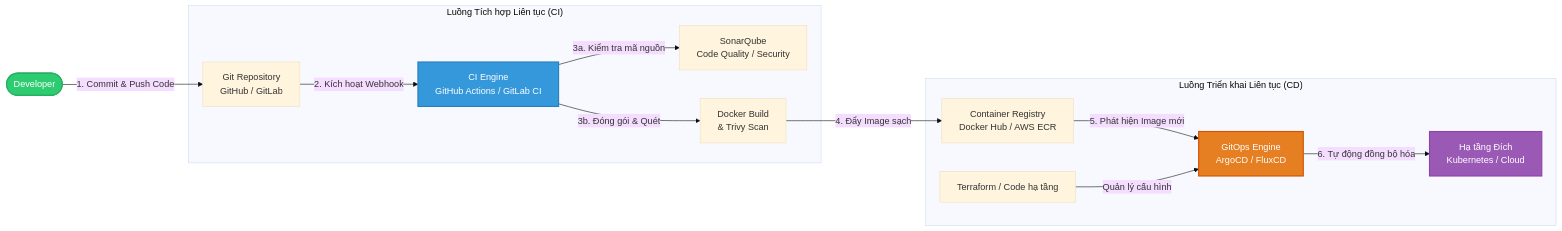
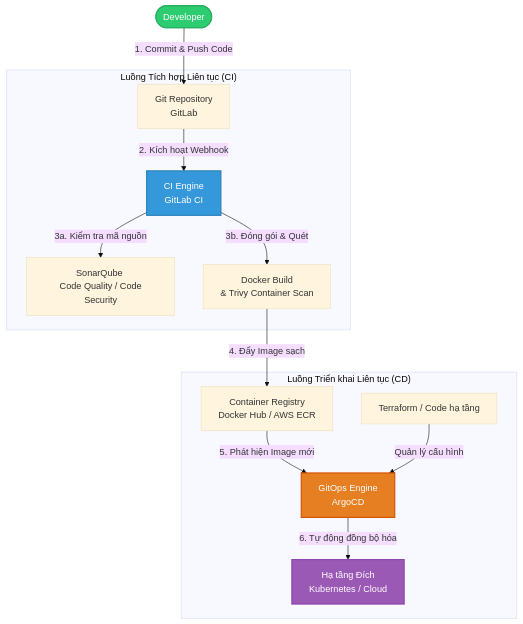
The third of 4 diagrams in note.md (hinorashi/homecommer), drawn with Mermaid (base theme) before and after one commit. The commit also changed other lines of this file, not shown here.

````diff
--- a/note.md
+++ b/note.md
@@ -278,25 +297,25 @@
 ```mermaid
-graph LR
+graph TD
     %% Định nghĩa các thành phần
-    Dev([Developer]) -->|1. Commit & Push Code| Git[Git Repository <br> GitHub / GitLab]
+    Dev([Developer]) -->|1. Commit & Push Code| Git[Git Repository <br>GitLab]
     
     subgraph CI_Pipeline ["Luồng Tích hợp Liên tục (CI)"]
-        Git -->|2. Kích hoạt Webhook| CI_Engine[CI Engine <br> GitHub Actions / GitLab CI]
-        CI_Engine -->|3a. Kiểm tra mã nguồn| Linter[SonarQube <br> Code Quality / Security]
-        CI_Engine -->|3b. Đóng gói & Quét| DockerBuild[Docker Build <br> & Trivy Scan]
+        Git -->|2. Kích hoạt Webhook| CI_Engine[CI Engine <br>GitLab CI]
+        CI_Engine -->|3a. Kiểm tra mã nguồn| Linter[SonarQube <br> Code Quality / Code Security]
+        CI_Engine -->|3b. Đóng gói & Quét| DockerBuild[Docker Build <br> & Trivy Container Scan]
     end
 
     DockerBuild -->|4. Đẩy Image sạch| Registry[Container Registry <br> Docker Hub / AWS ECR]
 
     subgraph CD_Pipeline ["Luồng Triển khai Liên tục (CD)"]
-        Registry -->|5. Phát hiện Image mới| GitOps[GitOps Engine <br> ArgoCD / FluxCD]
+        Registry -->|5. Phát hiện Image mới| GitOps[GitOps Engine <br> ArgoCD]
         IaC[Terraform / Code hạ tầng] -->|Quản lý cấu hình| GitOps
         GitOps -->|6. Tự động đồng bộ hóa| Infra[Hạ tầng Đích <br> Kubernetes / Cloud]
     end
 
     %% Định dạng màu sắc
     style Dev fill:#2ecc71,stroke:#27ae60,stroke-width:2px,color:#fff
     style CI_Engine fill:#3498db,stroke:#2980b9,stroke-width:2px,color:#fff
     style GitOps fill:#e67e22,stroke:#d35400,stroke-width:2px,color:#fff
     style Infra fill:#9b59b6,stroke:#8e44ad,stroke-width:2px,color:#fff
 ```
````
